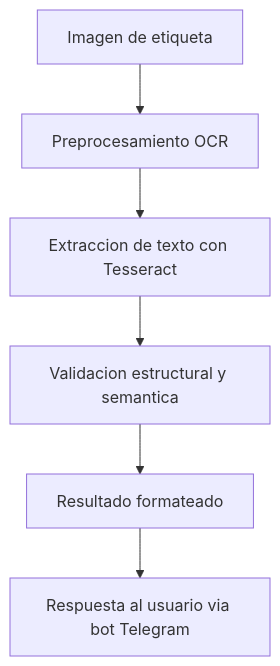
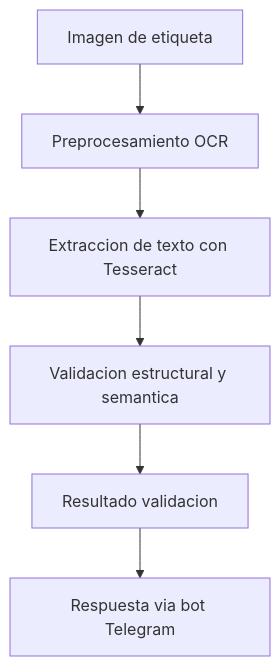
One commit to miandrade-acc/validacion-etiquetas-red changed the diagram in docs/arquitectura.md. Above: the diagram before and after it, drawn with Mermaid.

````diff
--- a/docs/arquitectura.md
+++ b/docs/arquitectura.md
@@ -39,8 +39,8 @@
 ```mermaid
 graph TD
 A[Imagen de etiqueta] --> B[Preprocesamiento OCR]
 B --> C[Extraccion de texto con Tesseract]
 C --> D[Validacion estructural y semantica]
-D --> E[Resultado formateado]
-E --> F[Respuesta al usuario via bot Telegram]
+D --> E[Resultado validacion]
+E --> F[Respuesta via bot Telegram]
 ```
````
